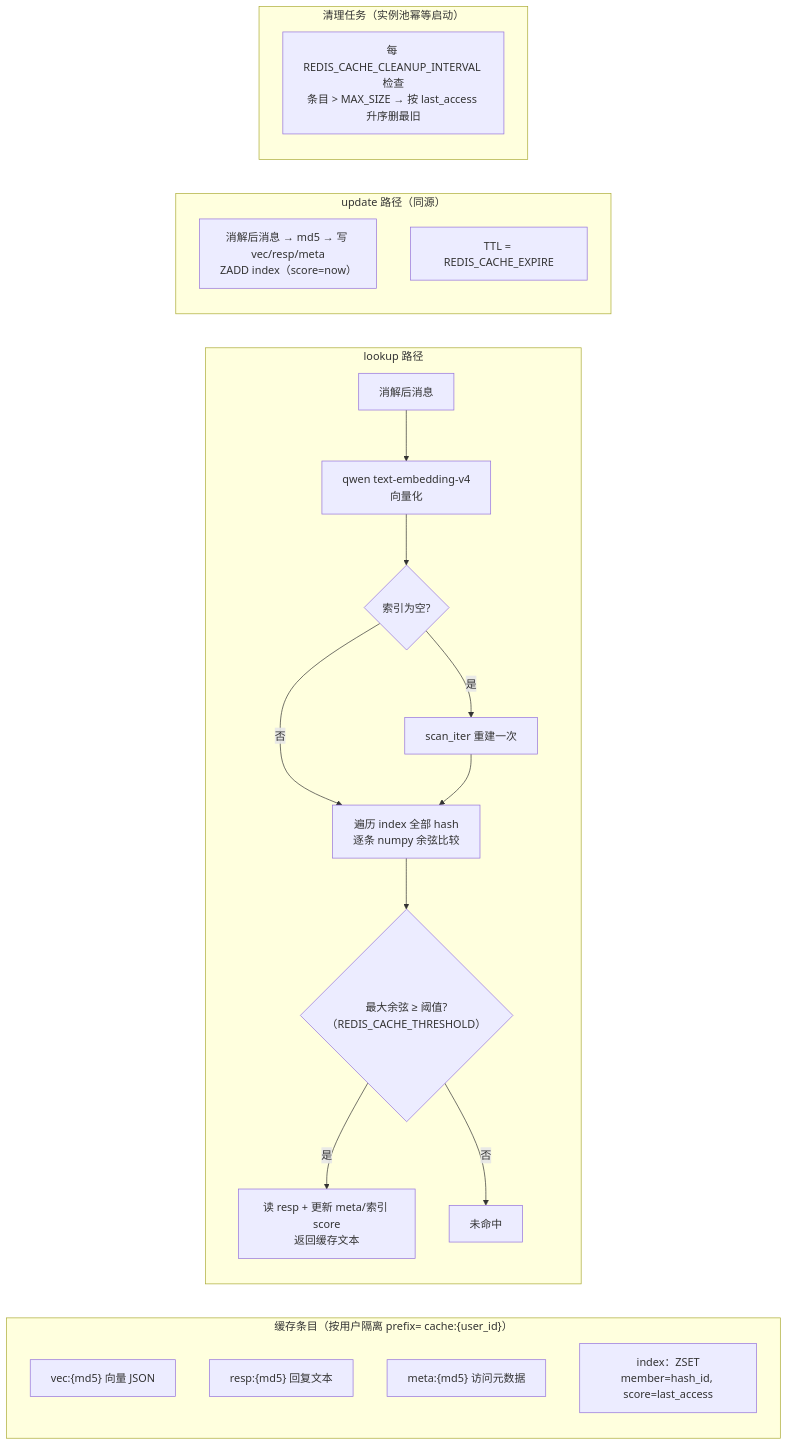
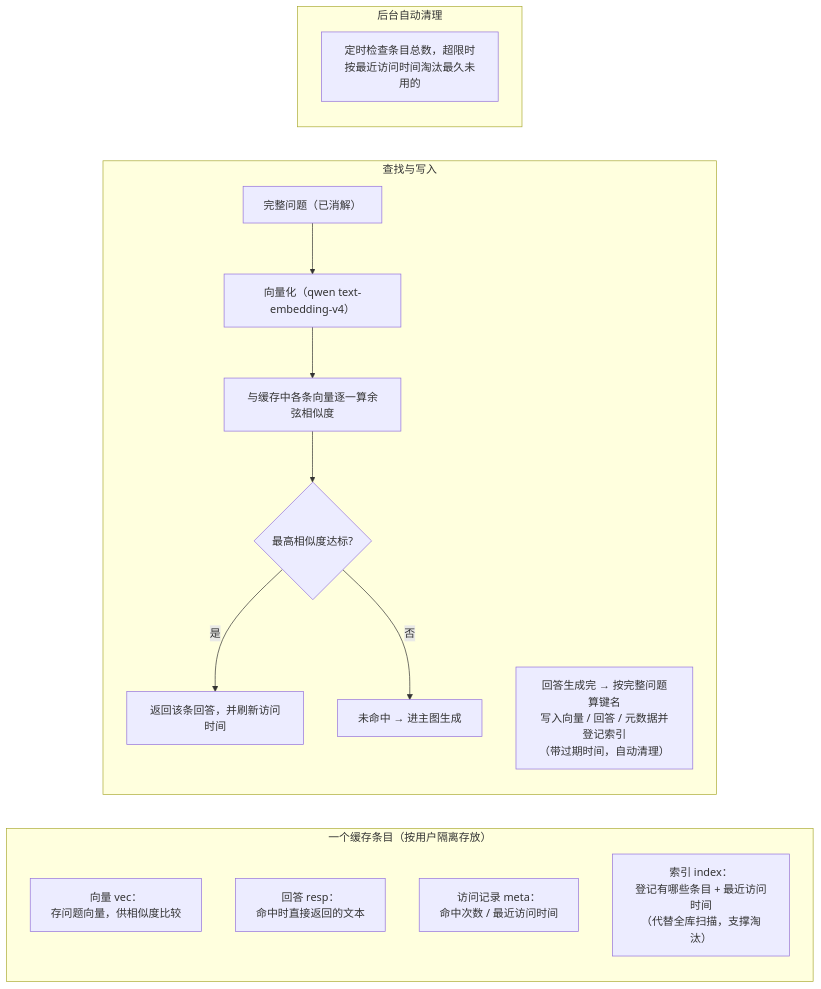
Before and after one commit to blowt16/SmartCS-Agent: the seventh of 35 diagrams in docs/PROJECT_ANALYSIS.md, drawn with Mermaid. The commit also changed other lines of this file, not shown here.

Commit message:
[docs] PROJECT_ANALYSIS §4 流程图优化：全图节点加中文注释、主干化精简流程（22 张图重排 + 补 TimeoutGuard 运行图），保留关键代码实体括注，提升可读性

````diff
--- a/docs/PROJECT_ANALYSIS.md
+++ b/docs/PROJECT_ANALYSIS.md
@@ -389,26 +353,20 @@
 ```mermaid
 flowchart LR
-    subgraph Keys["缓存条目（按用户隔离 prefix= cache:{user_id}）"]
-        V["vec:{md5} 向量 JSON"]
-        R["resp:{md5} 回复文本"]
-        M["meta:{md5} 访问元数据"]
-        Z["index：ZSET<br/>member=hash_id, score=last_access"]
+    subgraph Keys["一个缓存条目（按用户隔离存放）"]
+        V["向量 vec：<br/>存问题向量，供相似度比较"]
+        R["回答 resp：<br/>命中时直接返回的文本"]
+        M["访问记录 meta：<br/>命中次数 / 最近访问时间"]
+        Z["索引 index：<br/>登记有哪些条目 + 最近访问时间<br/>（代替全库扫描，支撑淘汰）"]
     end
-    subgraph Lookup["lookup 路径"]
-        L1["消解后消息"] --> L2["qwen text-embedding-v4<br/>向量化"]
-        L2 --> L3{"索引为空?"}
-        L3 -->|"是"| L4["scan_iter 重建一次"]
-        L3 -->|"否"| L5["遍历 index 全部 hash<br/>逐条 numpy 余弦比较"]
-        L4 --> L5
-        L5 --> L6{"最大余弦 ≥ 阈值?<br/>（REDIS_CACHE_THRESHOLD）"}
-        L6 -->|"是"| L7["读 resp + 更新 meta/索引 score<br/>返回缓存文本"]
-        L6 -->|"否"| L8["未命中"]
+    subgraph ReadWrite["查找与写入"]
+        L1["完整问题（已消解）"] --> L2["向量化（qwen text-embedding-v4）"]
+        L2 --> L3["与缓存中各条向量逐一算余弦相似度"]
+        L3 --> L4{"最高相似度达标?"}
+        L4 -->|"是"| L5["返回该条回答，并刷新访问时间"]
+        L4 -->|"否"| L6["未命中 → 进主图生成"]
+        U1["回答生成完 → 按完整问题算键名<br/>写入向量 / 回答 / 元数据并登记索引<br/>（带过期时间，自动清理）"]
     end
-    subgraph Update["update 路径（同源）"]
-        U1["消解后消息 → md5 → 写 vec/resp/meta<br/>ZADD index（score=now）"]
-        U2["TTL = REDIS_CACHE_EXPIRE"]
-    end
-    subgraph Clean["清理任务（实例池幂等启动）"]
-        C1["每 REDIS_CACHE_CLEANUP_INTERVAL 检查<br/>条目 > MAX_SIZE → 按 last_access 升序删最旧"]
+    subgraph Cleanup["后台自动清理"]
+        C1["定时检查条目总数，超限时<br/>按最近访问时间淘汰最久未用的"]
     end
 ```
````
